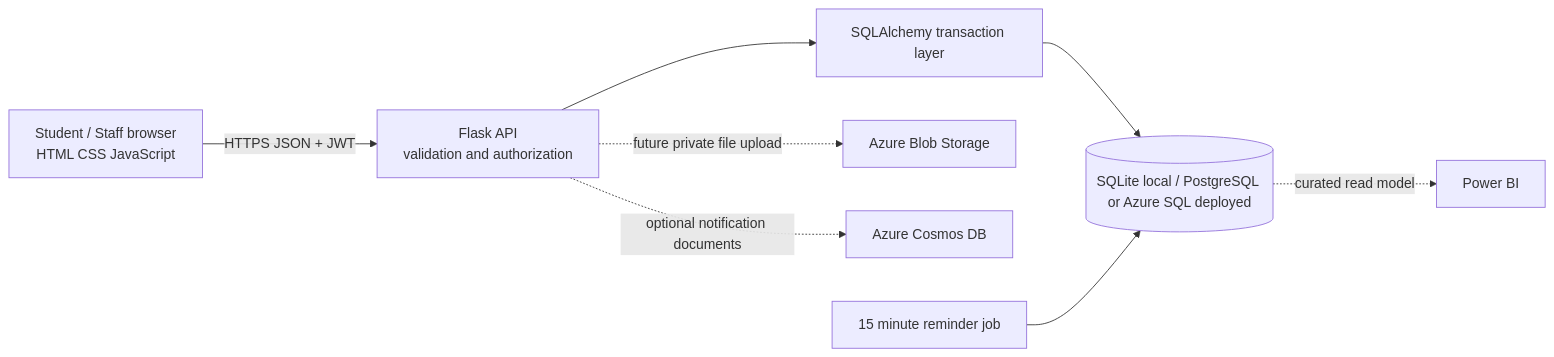
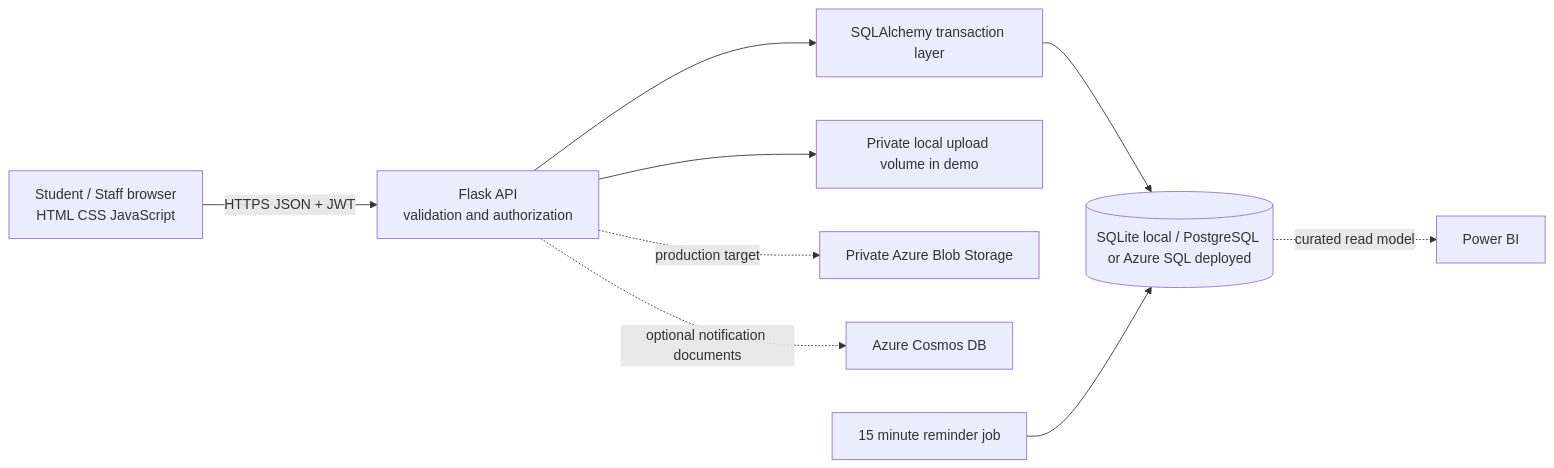
The diagram in docs/architecture.md (YuvrajChaudhary7/DeadlineOS), drawn with Mermaid before and after one commit. The commit also changed other lines of this file and 48 other files, not shown here.

````diff
--- a/docs/architecture.md
+++ b/docs/architecture.md
@@ -3,10 +3,11 @@
 ```mermaid
 flowchart LR
   Browser[Student / Staff browser<br/>HTML CSS JavaScript] -->|HTTPS JSON + JWT| API[Flask API<br/>validation and authorization]
   API --> ORM[SQLAlchemy transaction layer]
   ORM --> SQL[(SQLite local / PostgreSQL or Azure SQL deployed)]
-  API -. future private file upload .-> Blob[Azure Blob Storage]
+  API --> Files[Private local upload volume in demo]
+  API -. production target .-> Blob[Private Azure Blob Storage]
   SQL -. curated read model .-> BI[Power BI]
   API -. optional notification documents .-> Cosmos[Azure Cosmos DB]
   Scheduler[15 minute reminder job] --> SQL
 ```
````
